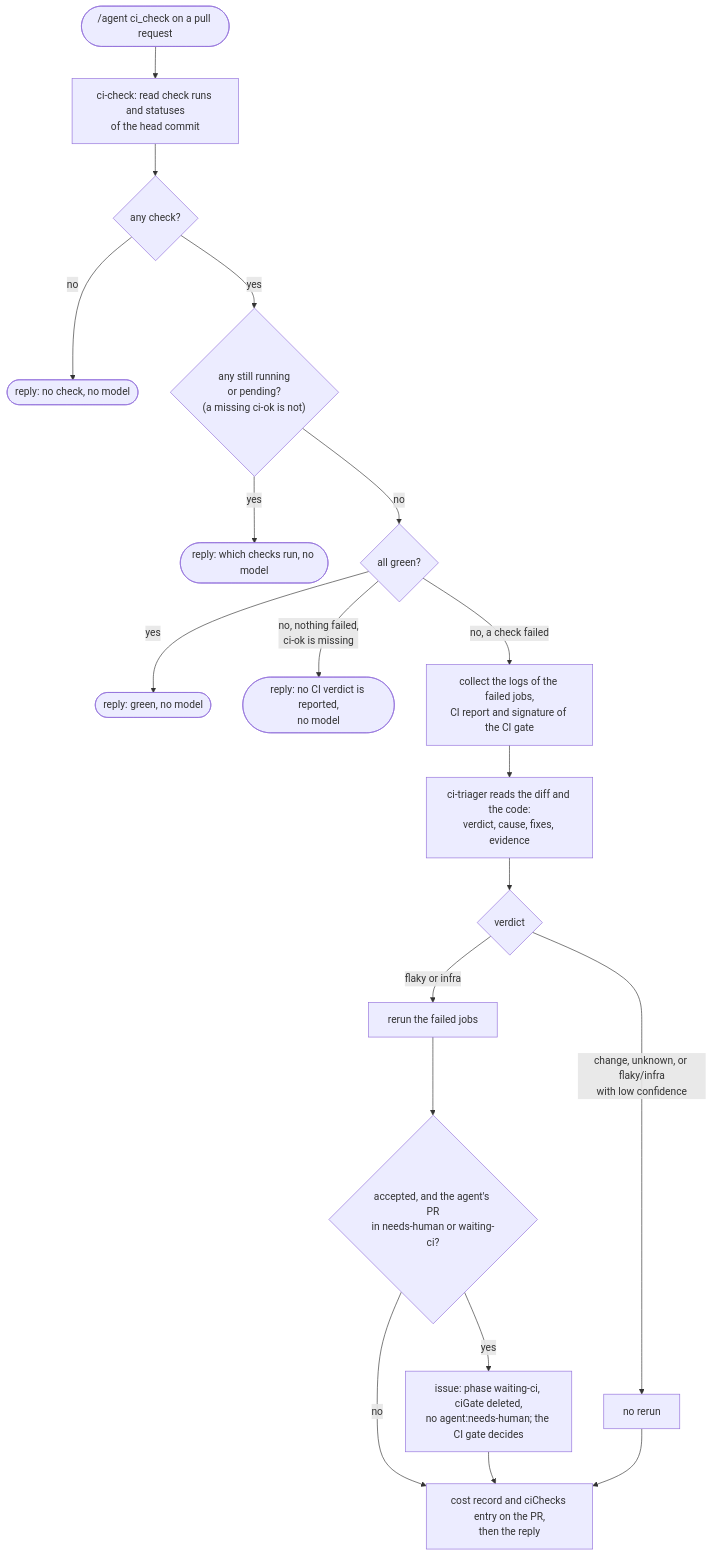
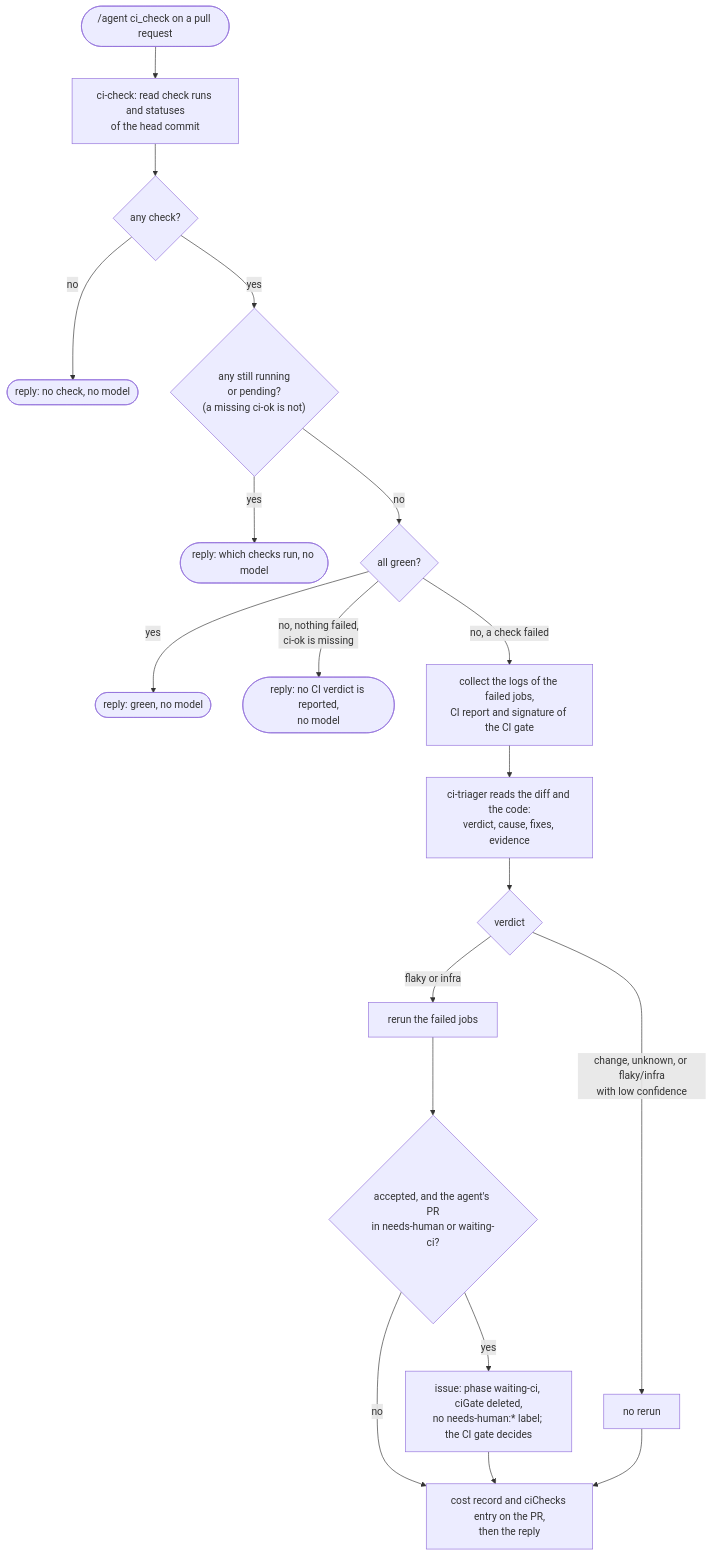
One commit to Netcracker/qubership-apihub changed the ninth of 11 diagrams in docs/internal/autonomous-agent/architecture.md. Above: the diagram before and after it, drawn with Mermaid. The commit also changed other lines of this file and 42 other files, not shown here.

````diff
--- a/docs/internal/autonomous-agent/architecture.md
+++ b/docs/internal/autonomous-agent/architecture.md
@@ -524,21 +539,21 @@
 ```mermaid
 flowchart TB
   C(["/agent ci_check on a pull request"]) --> READ["ci-check: read check runs and statuses<br/>of the head commit"]
   READ --> NONE{"any check?"}
   NONE -- no --> R1(["reply: no check, no model"])
   NONE -- yes --> PEND{"any still running<br/>or pending?<br/>(a missing ci-ok is not)"}
   PEND -- yes --> R2(["reply: which checks run, no model"])
   PEND -- no --> GREEN{"all green?"}
   GREEN -- yes --> R3(["reply: green, no model"])
   GREEN -- "no, nothing failed,<br/>ci-ok is missing" --> R4(["reply: no CI verdict is reported,<br/>no model"])
   GREEN -- "no, a check failed" --> LOGS["collect the logs of the failed jobs,<br/>CI report and signature of the CI gate"]
   LOGS --> TRI["ci-triager reads the diff and the code:<br/>verdict, cause, fixes, evidence"]
   TRI --> V{"verdict"}
   V -- "change, unknown, or flaky/infra<br/>with low confidence" --> NO["no rerun"]
   V -- "flaky or infra" --> RERUN["rerun the failed jobs"]
   RERUN --> ACC{"accepted, and the agent's PR<br/>in needs-human or waiting-ci?"}
-  ACC -- yes --> GATE["issue: phase waiting-ci, ciGate deleted,<br/>no agent:needs-human; the CI gate decides"]
+  ACC -- yes --> GATE["issue: phase waiting-ci, ciGate deleted,<br/>no needs-human:* label; the CI gate decides"]
   ACC -- no --> REPLY
   GATE --> REPLY
   NO --> REPLY["cost record and ciChecks entry on the PR,<br/>then the reply"]
 ```
````
